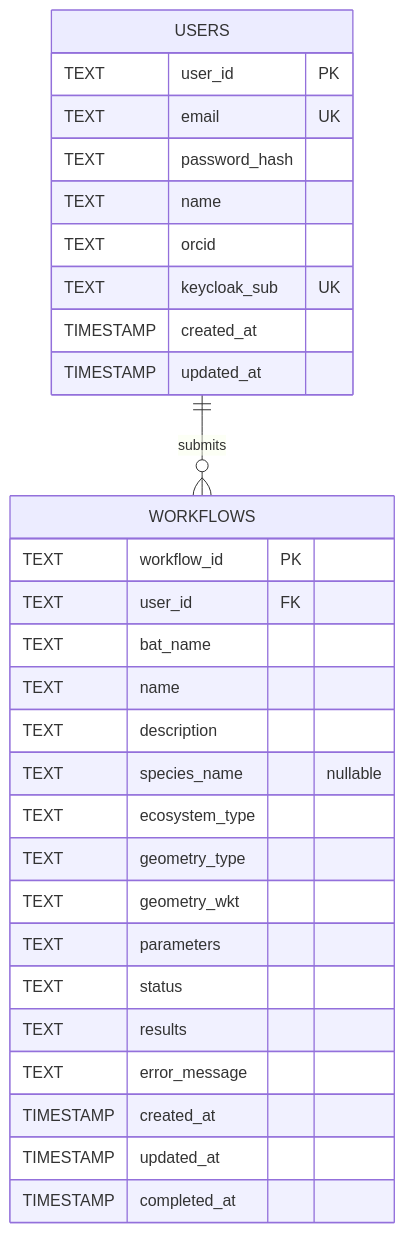
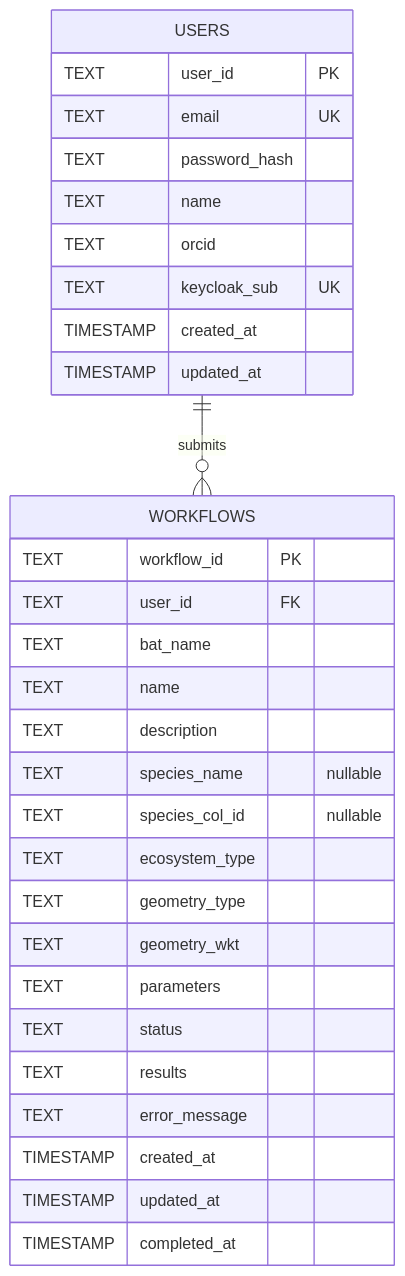
One commit to Biodiversity-Meets-Data/bat-nicegui changed the diagram in README.md. Above: the diagram before and after it, drawn with Mermaid. The commit also changed other lines of this file and 15 other files, not shown here.

````diff
--- a/README.md
+++ b/README.md
@@ -211,34 +211,35 @@
 ```mermaid
 erDiagram
     USERS ||--o{ WORKFLOWS : submits
 
     USERS {
         TEXT user_id PK
         TEXT email UK
         TEXT password_hash
         TEXT name
         TEXT orcid
         TEXT keycloak_sub UK
         TIMESTAMP created_at
         TIMESTAMP updated_at
     }
 
     WORKFLOWS {
         TEXT workflow_id PK
         TEXT user_id FK
         TEXT bat_name
         TEXT name
         TEXT description
         TEXT species_name "nullable"
+        TEXT species_col_id "nullable"
         TEXT ecosystem_type
         TEXT geometry_type
         TEXT geometry_wkt
         TEXT parameters
         TEXT status
         TEXT results
         TEXT error_message
         TIMESTAMP created_at
         TIMESTAMP updated_at
         TIMESTAMP completed_at
     }
 ```
````
